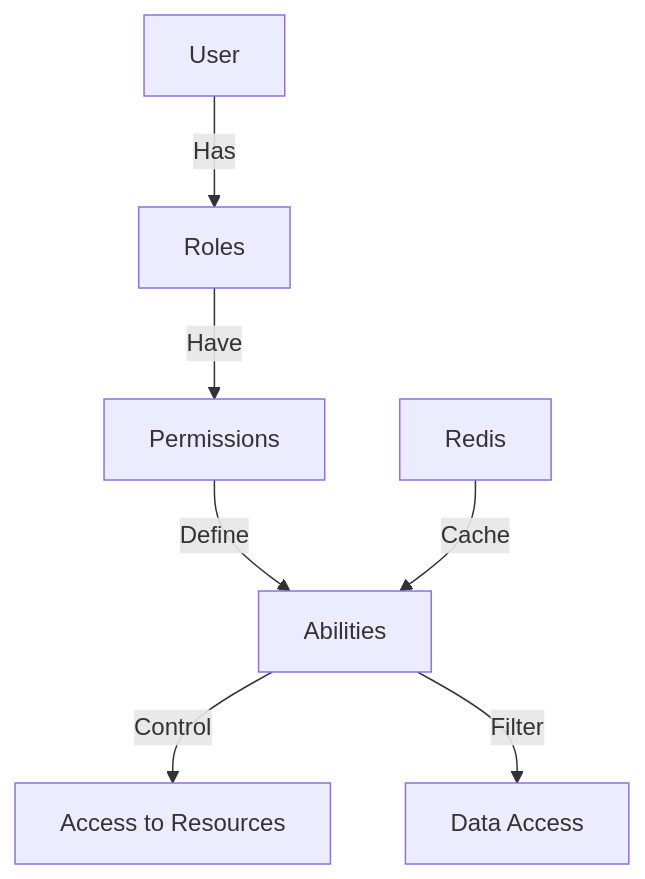
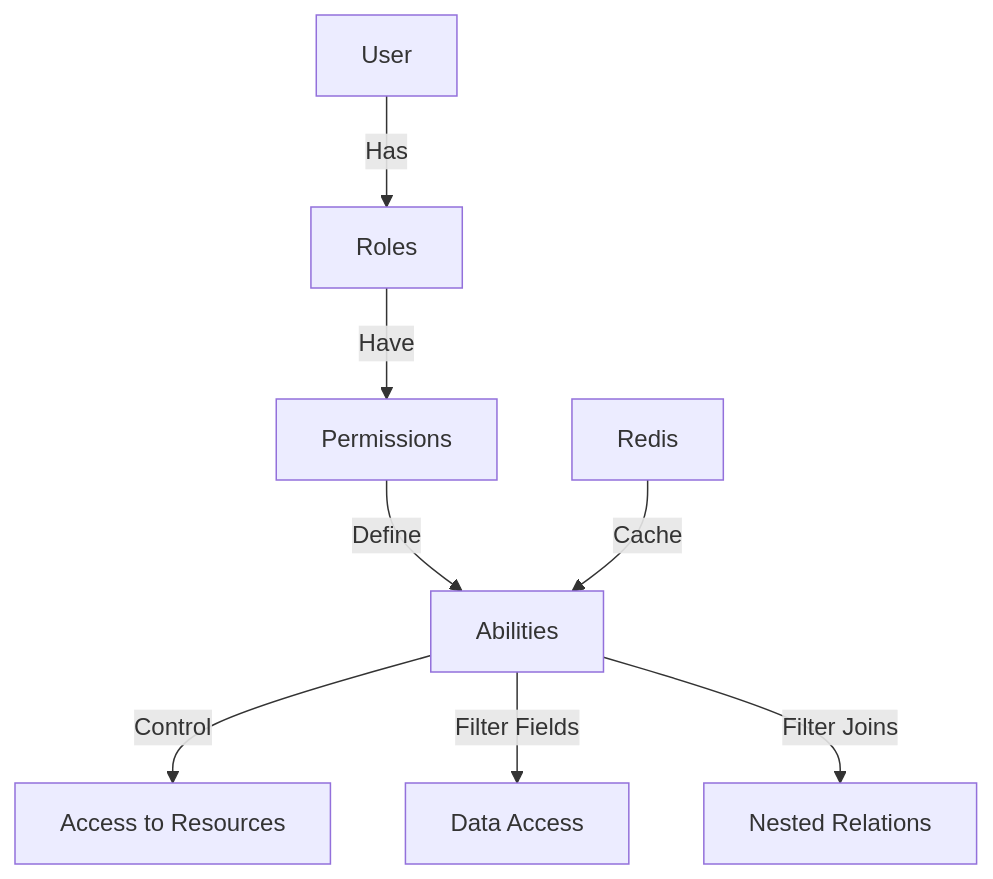
Before and after one commit to nakhaeizadeh2000/accounting-dashboard: the first of 3 diagrams in api/docs/CASL.md, drawn with Mermaid. The commit also changed other lines of this file, not shown here.

````diff
--- a/api/docs/CASL.md
+++ b/api/docs/CASL.md
@@ -57,9 +60,10 @@
 ```mermaid
 graph TD
     A[User] -->|Has| B[Roles]
     B -->|Have| C[Permissions]
     C -->|Define| D[Abilities]
     D -->|Control| E[Access to Resources]
-    D -->|Filter| F[Data Access]
-    G[Redis] -->|Cache| D
+    D -->|Filter Fields| F[Data Access]
+    D -->|Filter Joins| G[Nested Relations]
+    H[Redis] -->|Cache| D
 ```
````
